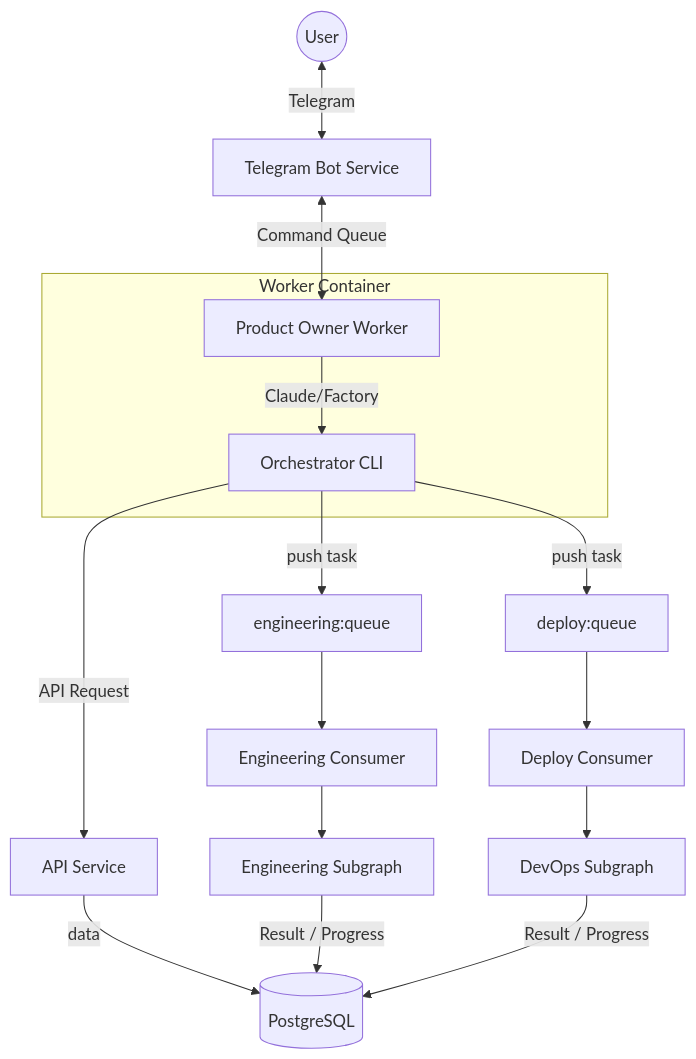
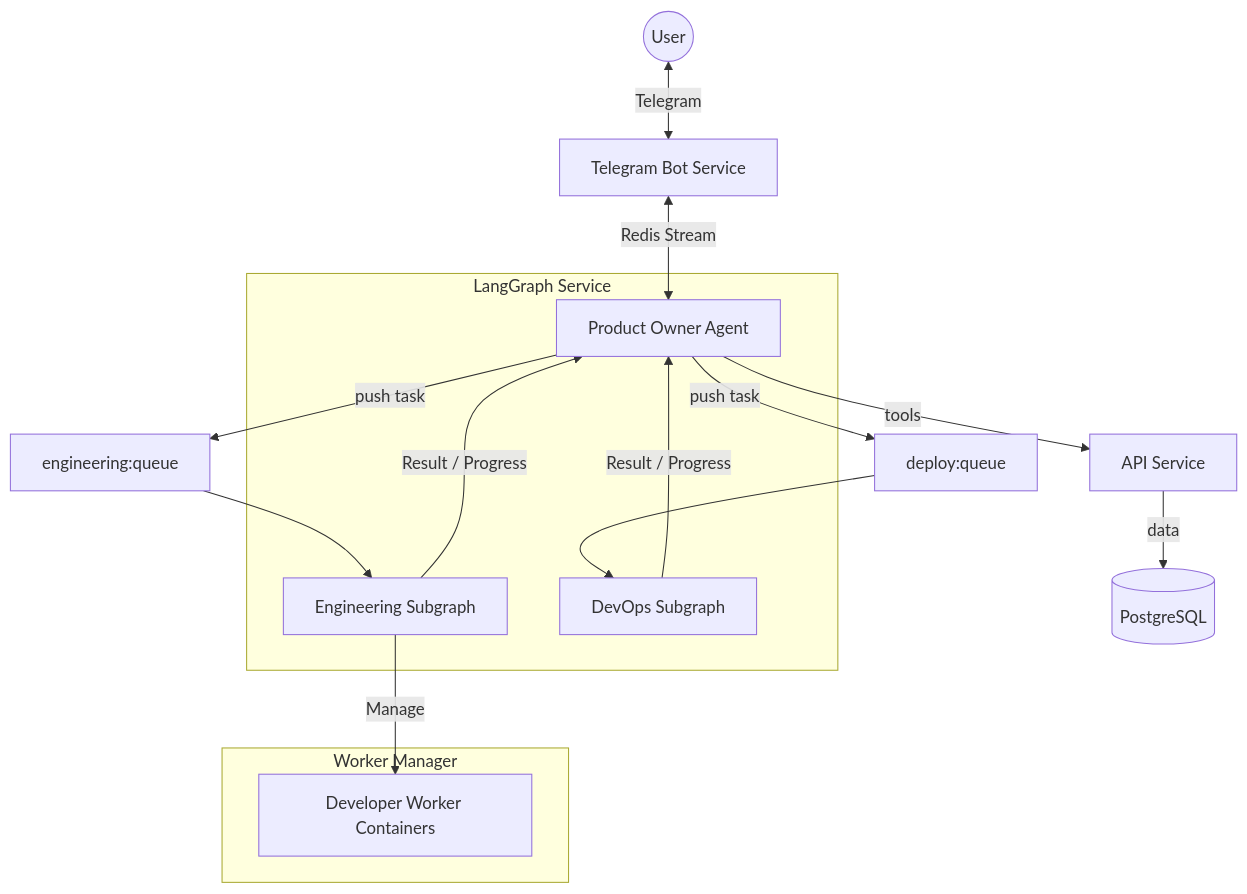
The diagram in README.md (vladmesh/codegen_orchestrator), drawn with Mermaid before and after one commit. The commit also changed other lines of this file, not shown here.

Commit message:
docs: update README architecture and descriptions

````diff
--- a/README.md
+++ b/README.md
@@ -17,26 +18,30 @@
 ```mermaid
 graph TD
     User((User)) <--> |Telegram| Bot[Telegram Bot Service]
-    Bot <--> |Command Queue| PO[Product Owner Worker]
+    Bot <--> |"Redis Stream"| PO[Product Owner Agent]
     
-    subgraph "Worker Container"
-        PO -- "Claude/Factory" --> CLI[Orchestrator CLI]
+    subgraph "LangGraph Service"
+        PO
+        EngGraph[Engineering Subgraph]
+        DepGraph[DevOps Subgraph]
     end
     
-    CLI --> |API Request| API[API Service]
+    PO --> |"tools"| API[API Service]
+    PO --> |"push task"| EngQueue[engineering:queue]
+    PO --> |"push task"| DeployQueue[deploy:queue]
     
-    CLI --> |"push task"| EngQueue[engineering:queue]
-    CLI --> |"push task"| DeployQueue[deploy:queue]
+    subgraph "Worker Manager"
+        Worker[Developer Worker Containers]
+    end
+    
+    EngGraph --> |"Manage"| Worker
     
     API --> |"data"| DB[(PostgreSQL)]
     
-    EngQueue --> EngConsumer[Engineering Consumer]
-    EngConsumer --> EngGraph[Engineering Subgraph]
-    
-    DeployQueue --> DepConsumer[Deploy Consumer]
-    DepConsumer --> DepGraph[DevOps Subgraph]
+    EngQueue --> EngGraph
+    DeployQueue --> DepGraph
 
     %% Feedback Loops
-    EngGraph --> |"Result / Progress"| DB
-    DepGraph --> |"Result / Progress"| DB
+    EngGraph --> |"Result / Progress"| PO
+    DepGraph --> |"Result / Progress"| PO
 ```
````
